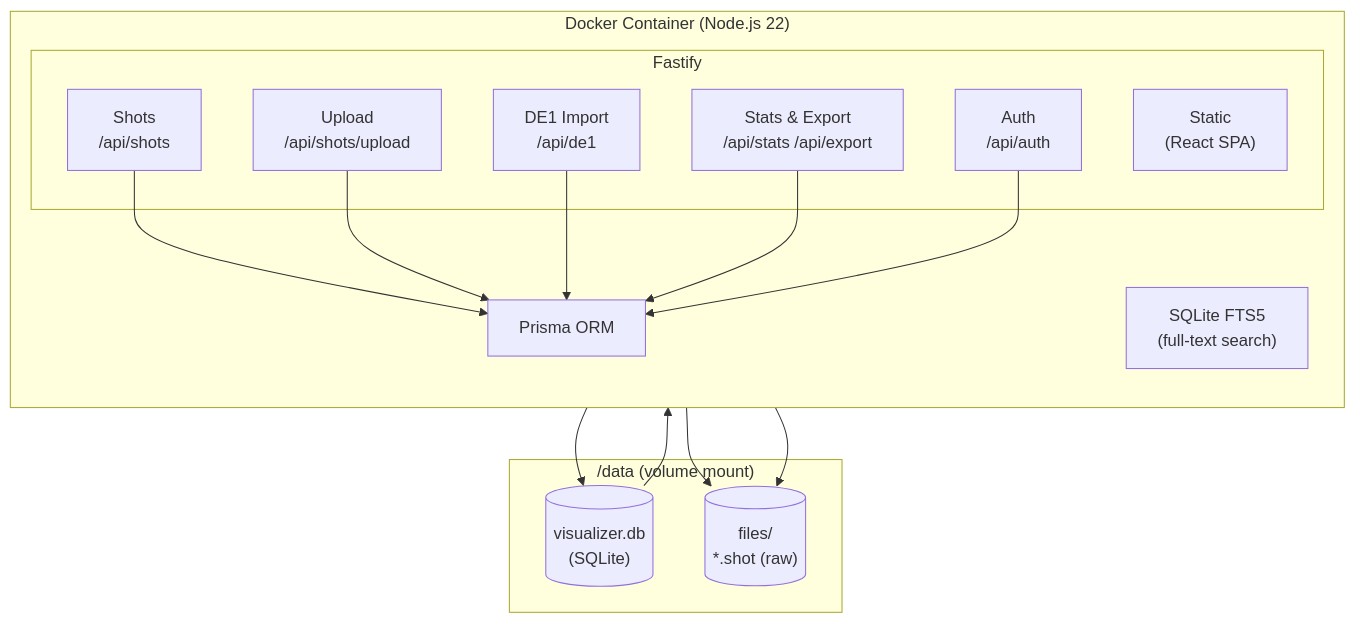
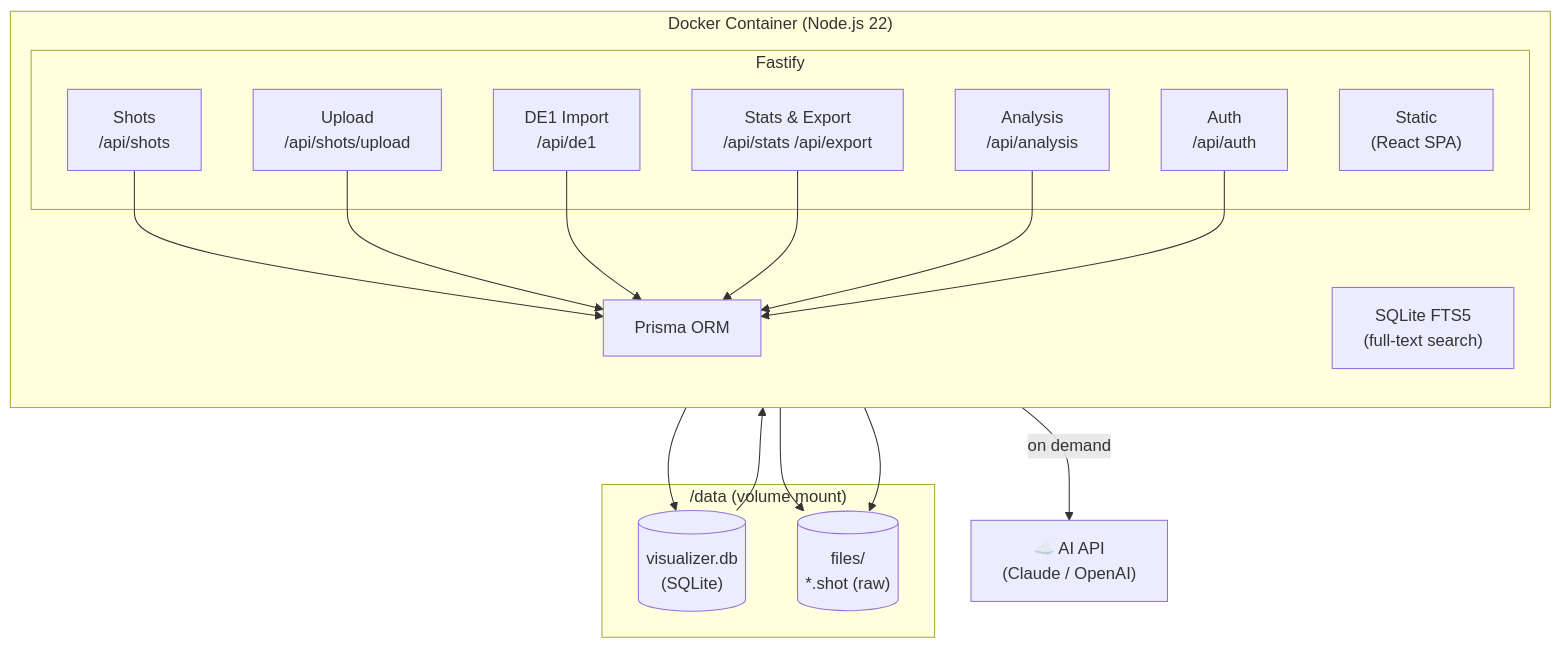
Before and after one commit to TomSchmidtDev/visualizer-lite: the second of 4 diagrams in README.md, drawn with Mermaid. The commit also changed other lines of this file and 1 other file, not shown here.

First line of the commit message:
docs: fix Key Features filter, update Architecture for AI analysis

````diff
--- a/README.md
+++ b/README.md
@@ -277,27 +279,32 @@
 ```mermaid
 graph TB
     subgraph Container["Docker Container (Node.js 22)"]
         direction TB
         subgraph Fastify["Fastify"]
             Auth["Auth\n/api/auth"]
             ShotAPI["Shots\n/api/shots"]
             Upload["Upload\n/api/shots/upload"]
             DE1API["DE1 Import\n/api/de1"]
             Stats["Stats & Export\n/api/stats /api/export"]
+            Analysis["Analysis\n/api/analysis"]
             Static["Static\n(React SPA)"]
         end
         Prisma["Prisma ORM"]
         FTS["SQLite FTS5\n(full-text search)"]
     end
 
     subgraph Volume["/data (volume mount)"]
         DB[("visualizer.db\n(SQLite)")]
         Files[("files/\n*.shot (raw)")]
     end
 
+    AI["☁️ AI API\n(Claude / OpenAI)"]
+
     ShotAPI & Upload & DE1API & Stats --> Prisma
+    Analysis --> Prisma
+    Analysis -- "on demand" --> AI
     Prisma --> DB
     DB --> FTS
     Upload & DE1API --> Files
     Auth --> Prisma
 ```
````
